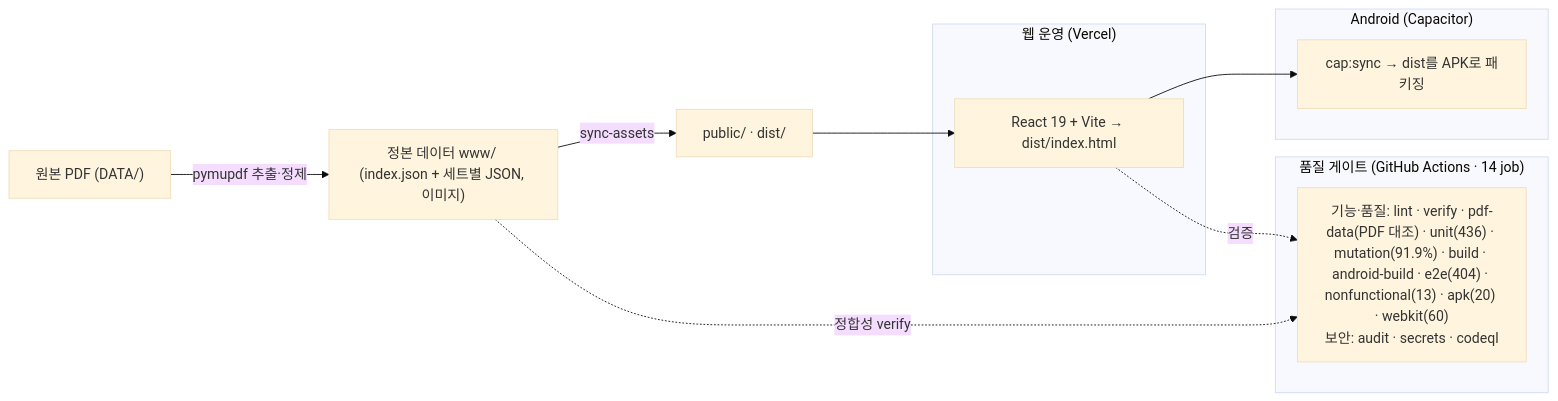
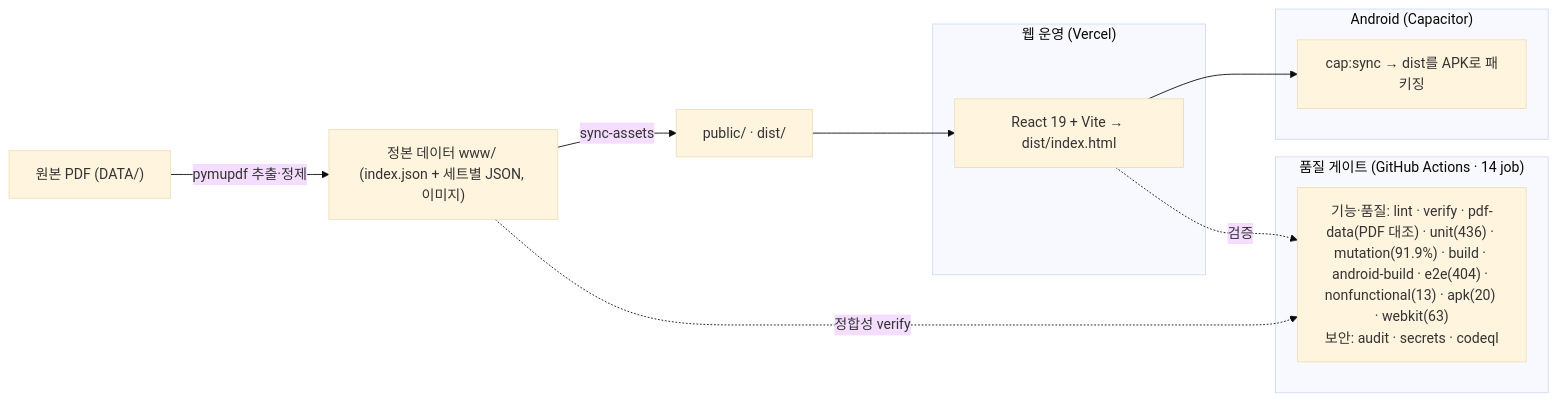
One commit to WindowHyun/ISTQB changed the diagram in README.md. Above: the diagram before and after it, drawn with Mermaid (base theme). The commit also changed other lines of this file and 2 other files, not shown here.

First line of the commit message:
test(webkit): 퀵 오답 임시 목록·이력 비우기 경로를 Safari 대상에 넣는다

````diff
--- a/README.md
+++ b/README.md
@@ -198,20 +198,20 @@
 ```mermaid
 flowchart LR
   PDF["원본 PDF (DATA/)"] -->|pymupdf 추출·정제| SRC["정본 데이터 www/ (index.json + 세트별 JSON, 이미지)"]
   SRC -->|sync-assets| PUB["public/ · dist/"]
 
   subgraph 웹_운영["웹 운영 (Vercel)"]
     REACT["React 19 + Vite → dist/index.html"]
   end
   subgraph APK["Android (Capacitor)"]
     CAP["cap:sync → dist를 APK로 패키징"]
   end
   PUB --> REACT
   REACT --> CAP
 
   subgraph 품질["품질 게이트 (GitHub Actions · 14 job)"]
-    CI["기능·품질: lint · verify · pdf-data(PDF 대조) · unit(436) · mutation(91.9%) · build · android-build · e2e(404) · nonfunctional(13) · apk(20) · webkit(60)<br/>보안: audit · secrets · codeql"]
+    CI["기능·품질: lint · verify · pdf-data(PDF 대조) · unit(436) · mutation(91.9%) · build · android-build · e2e(404) · nonfunctional(13) · apk(20) · webkit(63)<br/>보안: audit · secrets · codeql"]
   end
   REACT -.검증.-> CI
   SRC -.정합성 verify.-> CI
 ```
````
